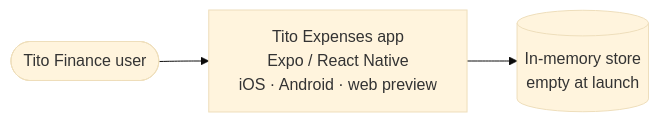
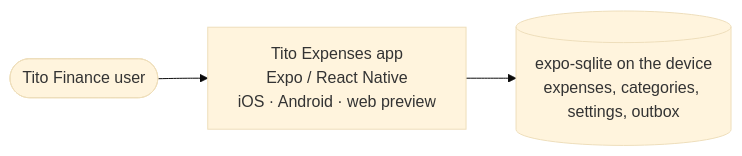
Before and after one commit to stdiohox/tito-expense-tracker: the first of 8 diagrams in docs/ARCHITECTURE.md, drawn with Mermaid (base theme). The commit also changed other lines of this file and 10 other files, not shown here.

````diff
--- a/docs/ARCHITECTURE.md
+++ b/docs/ARCHITECTURE.md
@@ -39,5 +39,5 @@
 ```mermaid
 flowchart LR
   user([Tito Finance user]) --> app["Tito Expenses app<br/>Expo / React Native<br/>iOS · Android · web preview"]
-  app --> mem[("In-memory store<br/>empty at launch")]
+  app --> sqlite[("expo-sqlite on the device<br/>expenses, categories, settings, outbox")]
 ```
````
